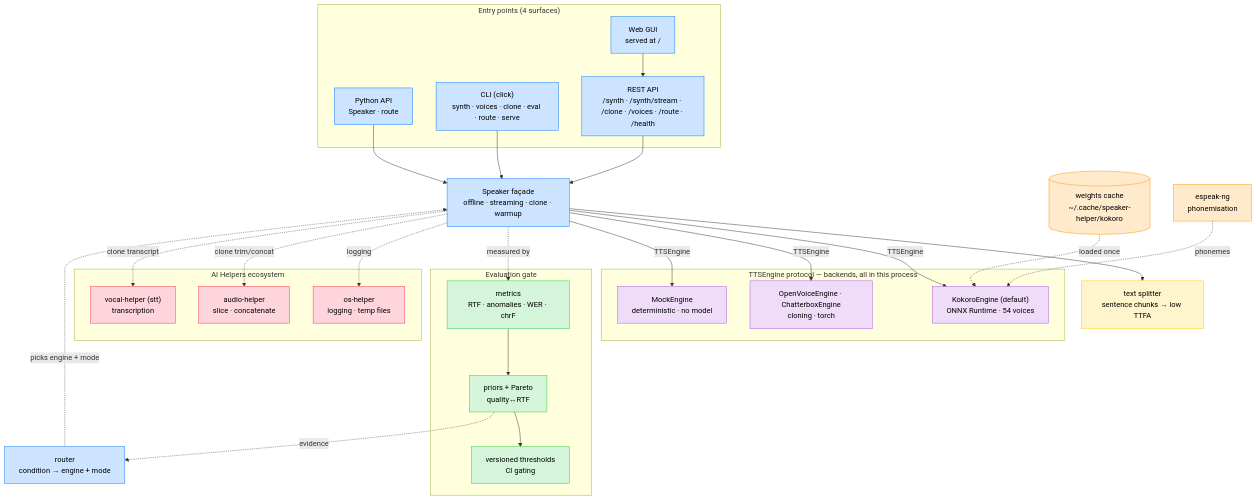
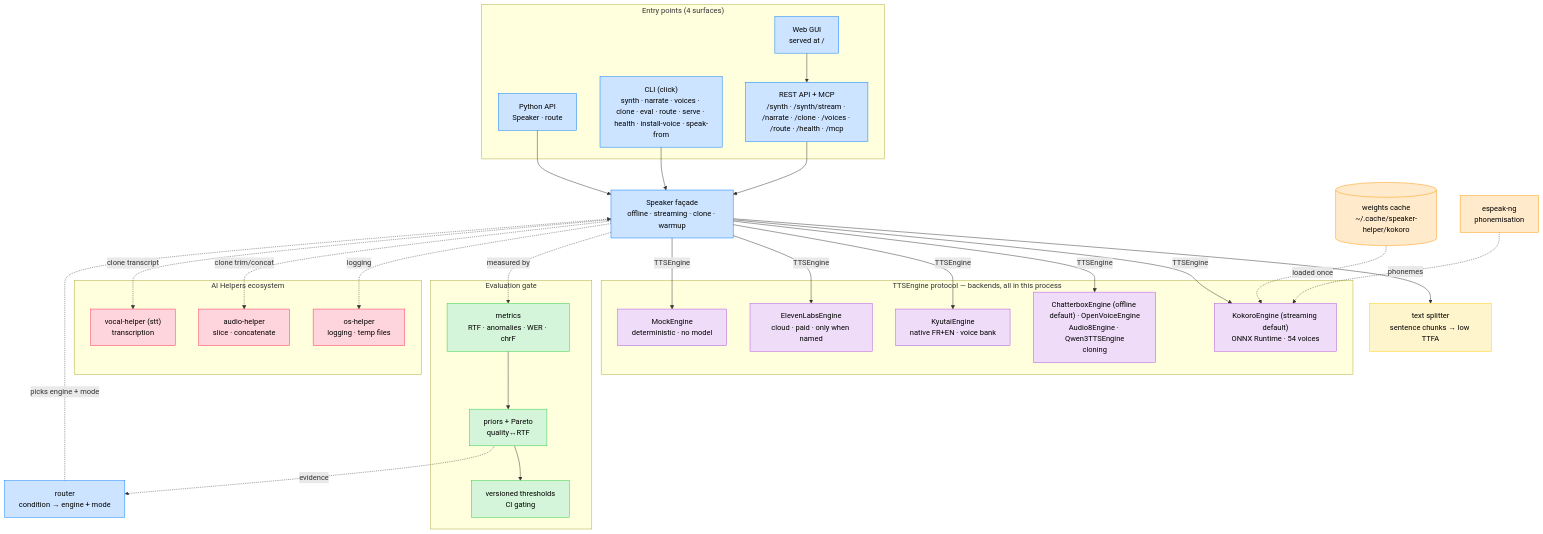
Before and after one commit to warith-harchaoui/speaker-helper: the first of 2 diagrams in TECHNICAL_STACK.md, drawn with Mermaid. The commit also changed other lines of this file and 9 other files, not shown here.

````diff
--- a/TECHNICAL_STACK.md
+++ b/TECHNICAL_STACK.md
@@ -10,59 +10,63 @@
 ```mermaid
 flowchart TB
     subgraph clients["Entry points (4 surfaces)"]
         lib["Python API<br/>Speaker · route"]:::core
-        cli["CLI (click)<br/>synth · voices · clone · eval · route · serve"]:::core
-        api["REST API<br/>/synth · /synth/stream · /clone · /voices · /route · /health"]:::core
+        cli["CLI (click)<br/>synth · narrate · voices · clone · eval · route · serve · health · install-voice · speak-from"]:::core
+        api["REST API + MCP<br/>/synth · /synth/stream · /narrate · /clone · /voices · /route · /health · /mcp"]:::core
         gui["Web GUI<br/>served at /"]:::core
     end
 
     speaker["Speaker façade<br/>offline · streaming · clone · warmup"]:::core
     router["router<br/>condition → engine + mode"]:::core
     text["text splitter<br/>sentence chunks → low TTFA"]:::util
 
     subgraph engines["TTSEngine protocol — backends, all in this process"]
-        kokoro["KokoroEngine (default)<br/>ONNX Runtime · 54 voices"]:::engine
-        cloning["OpenVoiceEngine · ChatterboxEngine<br/>cloning · torch"]:::engine
+        kokoro["KokoroEngine (streaming default)<br/>ONNX Runtime · 54 voices"]:::engine
+        cloning["ChatterboxEngine (offline default) · OpenVoiceEngine<br/>Audio8Engine · Qwen3TTSEngine<br/>cloning"]:::engine
+        kyutai["KyutaiEngine<br/>native FR+EN · voice bank"]:::engine
+        cloud["ElevenLabsEngine<br/>cloud · paid · only when named"]:::engine
         mock["MockEngine<br/>deterministic · no model"]:::engine
     end
 
     subgraph evallayer["Evaluation gate"]
         metrics["metrics<br/>RTF · anomalies · WER · chrF"]:::eval
         priors["priors + Pareto<br/>quality↔RTF"]:::eval
         thresholds["versioned thresholds<br/>CI gating"]:::eval
     end
 
     subgraph ecosystem["AI Helpers ecosystem"]
         osh["os-helper<br/>logging · temp files"]:::eco
         ah["audio-helper<br/>slice · concatenate"]:::eco
         vh["vocal-helper (stt)<br/>transcription"]:::eco
     end
 
     weights[("weights cache<br/>~/.cache/speaker-helper/kokoro")]:::ext
     espeak["espeak-ng<br/>phonemisation"]:::ext
 
     lib --> speaker
     cli --> speaker
     api --> speaker
     gui --> api
     speaker --> text
     router -.->|picks engine + mode| speaker
     speaker -- "TTSEngine" --> kokoro
     speaker -- "TTSEngine" --> cloning
+    speaker -- "TTSEngine" --> kyutai
+    speaker -- "TTSEngine" --> cloud
     speaker -- "TTSEngine" --> mock
     weights -.->|loaded once| kokoro
     espeak -.->|phonemes| kokoro
     speaker -.->|measured by| metrics
     metrics --> priors --> thresholds
     priors -.->|evidence| router
     speaker -.->|logging| osh
     speaker -.->|clone trim/concat| ah
     speaker -.->|clone transcript| vh
 
     classDef core fill:#CCE4FF,stroke:#007AFF,color:#000000
     classDef util fill:#FFF5CC,stroke:#FFCC00,color:#000000
     classDef engine fill:#EFDCF8,stroke:#AF52DE,color:#000000
     classDef eval fill:#D4F5D9,stroke:#28CD41,color:#000000
     classDef eco fill:#FFD5DD,stroke:#FF2D55,color:#000000
     classDef ext fill:#FFEACC,stroke:#FF9500,color:#000000
 ```
````
